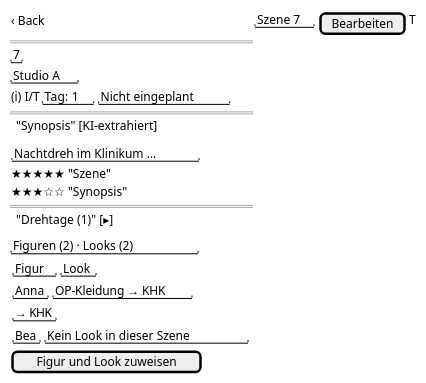
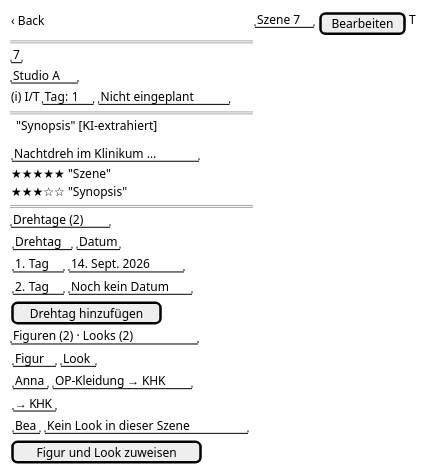
The diagram in docs/design/screens/scenes.md (tradem/breakdown-rs), drawn with PlantUML before and after one commit. The commit also changed other lines of this file and 19 other files, not shown here.

````diff
--- a/docs/design/screens/scenes.md
+++ b/docs/design/screens/scenes.md
@@ -45,28 +46,34 @@
 ```plantuml
 @startsalt
 {
   {‹ Back} | "Szene 7" | [Bearbeiten] | T
   ==
   "7"
   "Studio A"
   {(i) I/T | "Tag: 1" | "Nicht eingeplant"}
   ==
   {^ "Synopsis" [KI-extrahiert]}
   {
     "Nachtdreh im Klinikum …"
     ★★★★★ "Szene"
     ★★★☆☆ "Synopsis"
   }
   ==
-  {^ "Drehtage (1)" [▸]}
+  "Drehtage (2)"
+  {
+    { "Drehtag" | "Datum" }
+    { "1. Tag" | "14. Sept. 2026" }
+    { "2. Tag" | "Noch kein Datum" }
+  }
+  [Drehtag hinzufügen]
   "Figuren (2) · Looks (2)"
   {
     { "Figur" | "Look" }
     { "Anna" | "OP-Kleidung → KHK" }
     {        | "→ KHK" }
     { "Bea"  | "Kein Look in dieser Szene" }
   }
   [Figur und Look zuweisen]
 }
 @endsalt
 ```
````
